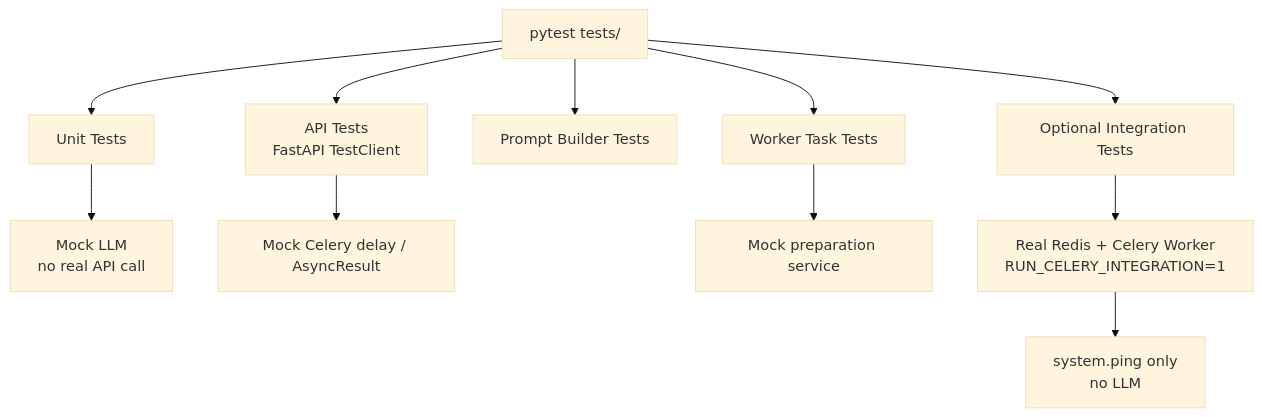
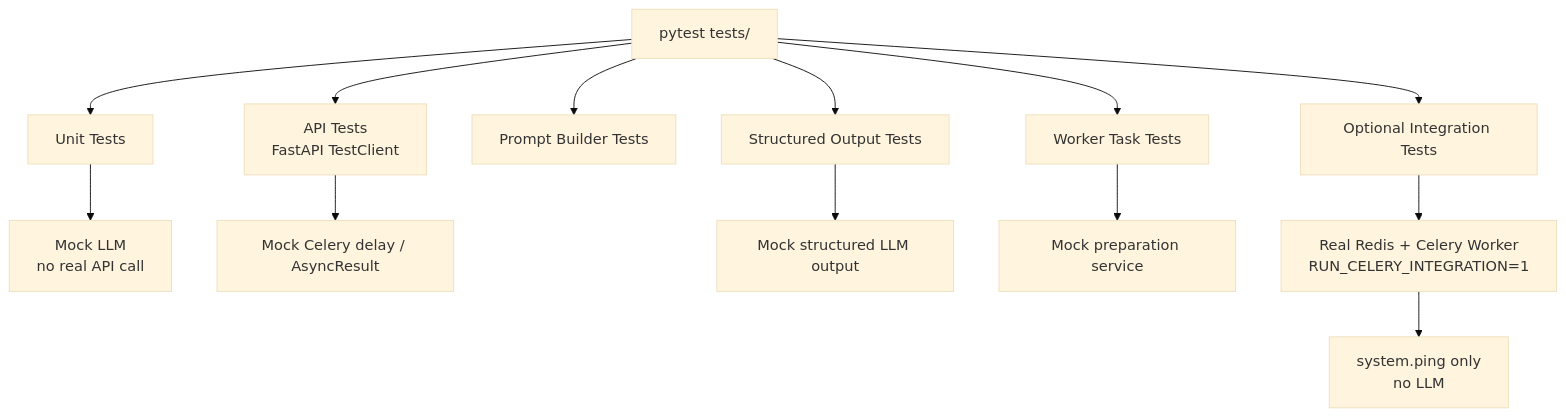
One commit to lingyu2023gla-star/interviewace changed the ninth of 10 diagrams in docs/architecture.md. Above: the diagram before and after it, drawn with Mermaid (base theme). The commit also changed other lines of this file and 13 other files, not shown here.

Commit message:
feat: add structured preparation plan output

````diff
--- a/docs/architecture.md
+++ b/docs/architecture.md
@@ -239,15 +278,17 @@
 ```mermaid
 flowchart TD
     T["pytest tests/"] --> Unit["Unit Tests"]
     T --> API["API Tests<br/>FastAPI TestClient"]
     T --> Prompt["Prompt Builder Tests"]
+    T --> Structured["Structured Output Tests"]
     T --> Worker["Worker Task Tests"]
     T --> Optional["Optional Integration Tests"]
 
     Unit --> MockLLM["Mock LLM<br/>no real API call"]
     API --> MockCelery["Mock Celery delay / AsyncResult"]
+    Structured --> MockStructuredLLM["Mock structured LLM output"]
     Worker --> MockService["Mock preparation service"]
     Optional --> Redis["Real Redis + Celery Worker<br/>RUN_CELERY_INTEGRATION=1"]
 
     Redis --> Ping["system.ping only<br/>no LLM"]
 ```
````
